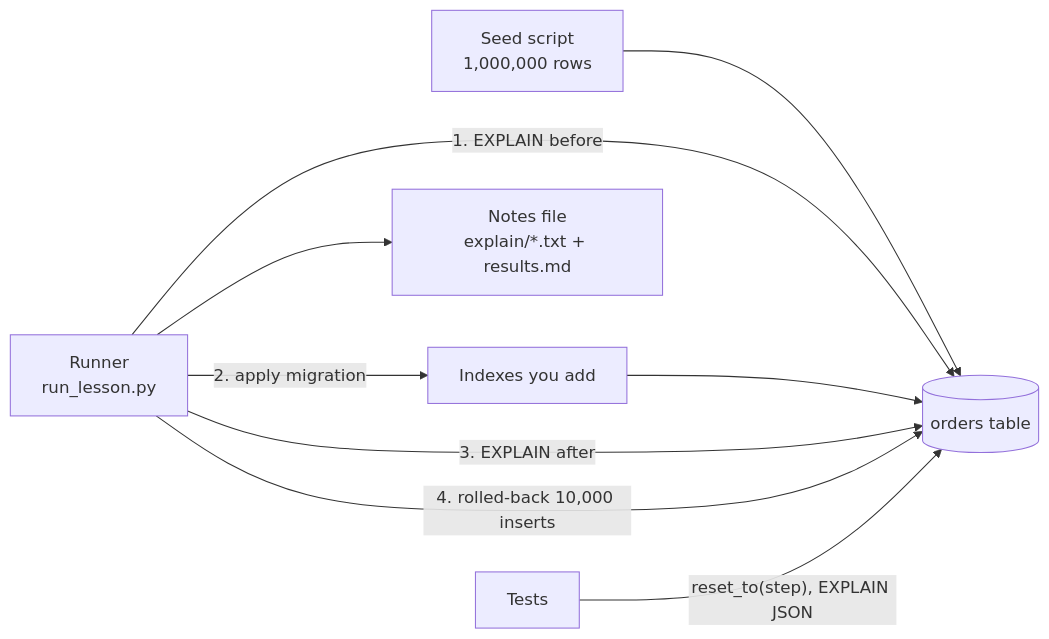
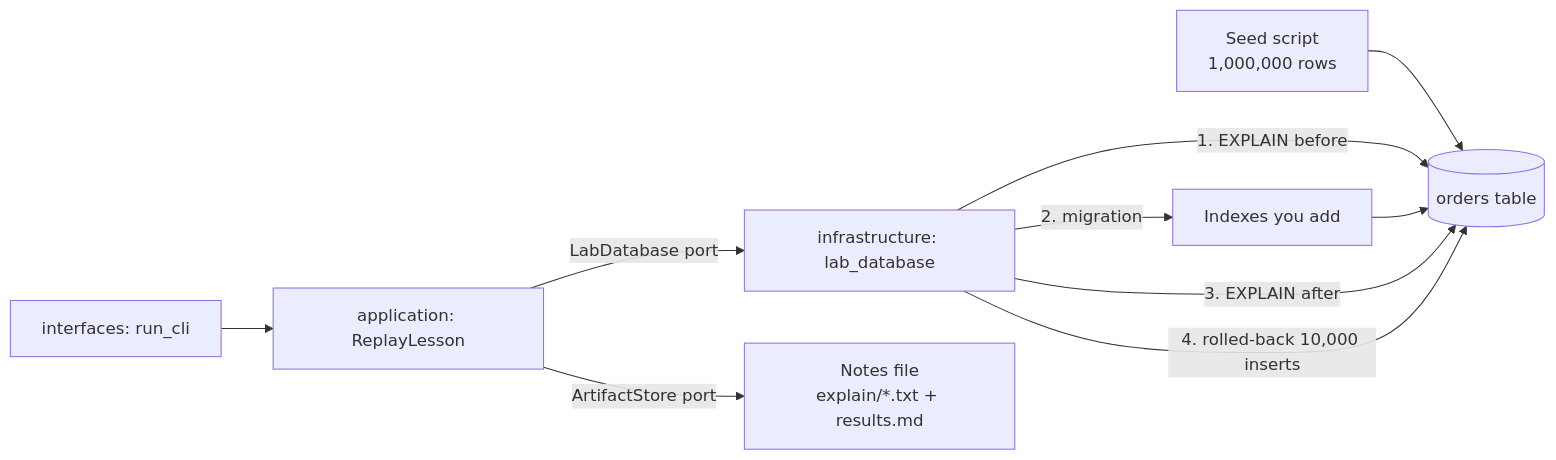
One commit to plainround-projects/sql-optimization-three-slow-queries changed the second of 2 diagrams in ARCHITECTURE.md. Above: the diagram before and after it, drawn with Mermaid. The commit also changed other lines of this file and 2 other files, not shown here.

````diff
--- a/ARCHITECTURE.md
+++ b/ARCHITECTURE.md
@@ -47,11 +68,12 @@
 ```mermaid
 flowchart LR
     seed["Seed script<br/>1,000,000 rows"] --> orders[("orders table")]
-    runner["Runner<br/>run_lesson.py"] -->|"1. EXPLAIN before"| orders
-    runner -->|"2. apply migration"| idx["Indexes you add"]
+    cli["interfaces: run_cli"] --> replay["application: ReplayLesson"]
+    replay -->|"LabDatabase port"| adapter["infrastructure: lab_database"]
+    adapter -->|"1. EXPLAIN before"| orders
+    adapter -->|"2. migration"| idx["Indexes you add"]
     idx --> orders
-    runner -->|"3. EXPLAIN after"| orders
-    runner -->|"4. rolled-back 10,000 inserts"| orders
-    runner --> notes["Notes file<br/>explain/*.txt + results.md"]
-    tests["Tests"] -->|"reset_to(step), EXPLAIN JSON"| orders
+    adapter -->|"3. EXPLAIN after"| orders
+    adapter -->|"4. rolled-back 10,000 inserts"| orders
+    replay -->|"ArtifactStore port"| notes["Notes file<br/>explain/*.txt + results.md"]
 ```
````
